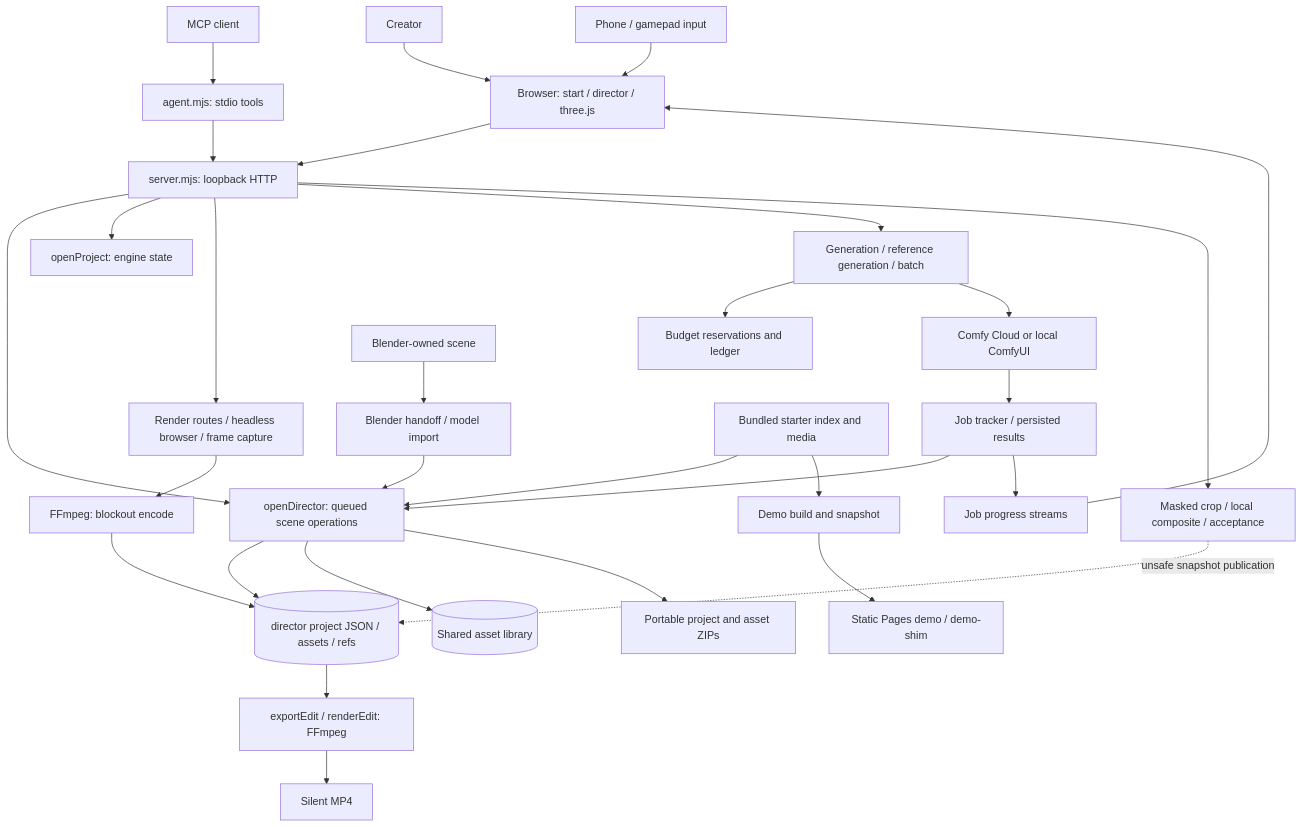
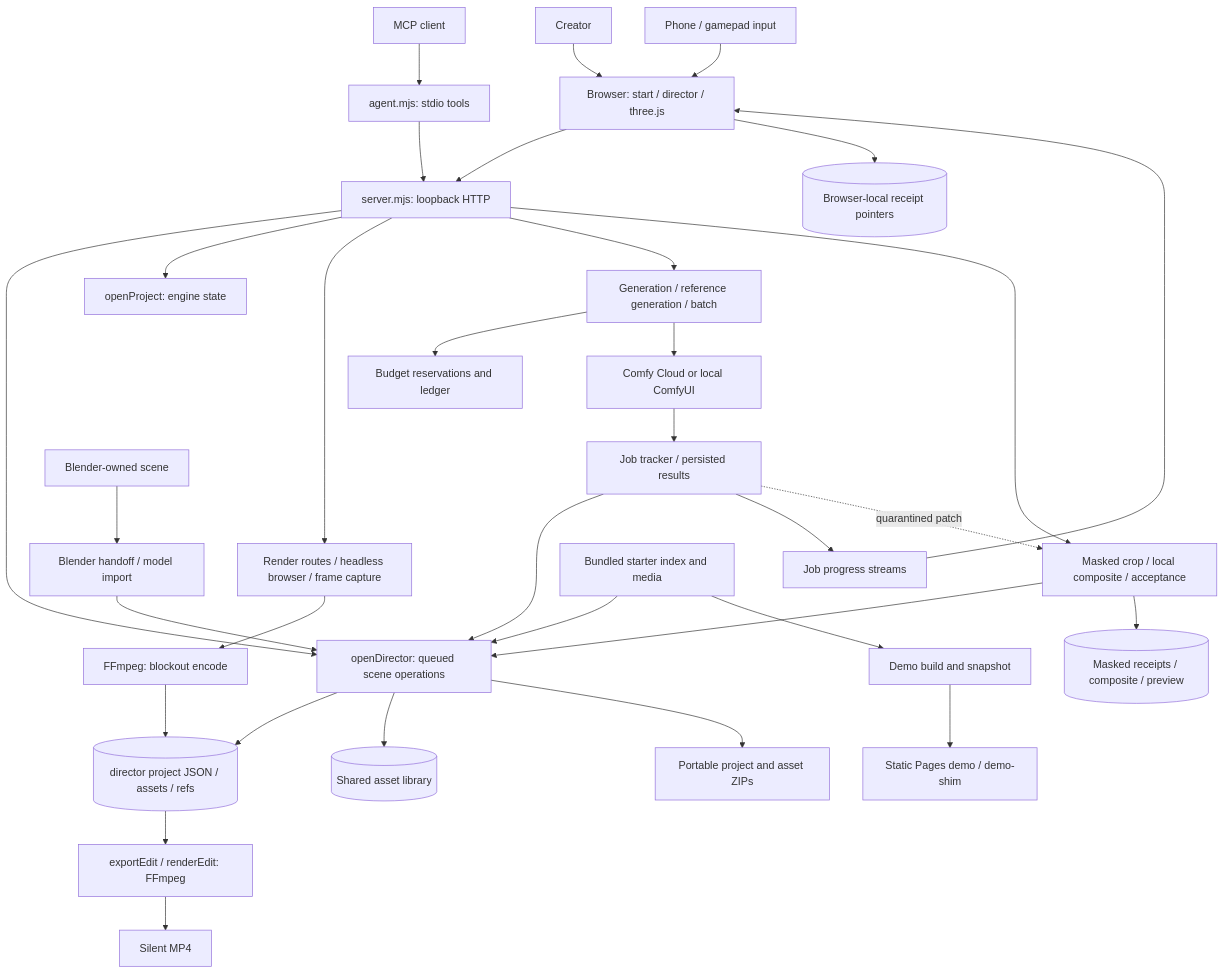
Before and after one commit to sbobyn/video-lab: the diagram in docs/status.md, drawn with Mermaid. The commit also changed other lines of this file and 9 other files, not shown here.

First line of the commit message:
STE-3092: Reopen saved masked edits in Take lab from server receipts (#7)

````diff
--- a/docs/status.md
+++ b/docs/status.md
@@ -63,32 +63,35 @@
 ```mermaid
 flowchart TD
   User[Creator] --> UI[Browser: start / director / three.js]
   Agent[MCP client] --> MCP[agent.mjs: stdio tools]
   MCP --> HTTP[server.mjs: loopback HTTP]
   UI --> HTTP
   Phone[Phone / gamepad input] --> UI
   HTTP --> Director[openDirector: queued scene operations]
   Director --> Project[(director project JSON / assets / refs)]
   Director --> Library[(Shared asset library)]
   HTTP --> Engine[openProject: engine state]
   HTTP --> Capture[Render routes / headless browser / frame capture]
   Capture --> Encode[FFmpeg: blockout encode]
   Encode --> Project
   HTTP --> Generation[Generation / reference generation / batch]
   Generation --> Budget[Budget reservations and ledger]
   Generation --> Providers[Comfy Cloud or local ComfyUI]
   Providers --> Jobs[Job tracker / persisted results]
   Jobs --> Director
   Jobs --> Progress[Job progress streams]
   Progress --> UI
   Project --> Cut[exportEdit / renderEdit: FFmpeg]
   Cut --> Film[Silent MP4]
   Director --> ZIP[Portable project and asset ZIPs]
   Blender[Blender-owned scene] --> Import[Blender handoff / model import]
   Import --> Director
   HTTP --> Mask[Masked crop / local composite / acceptance]
-  Mask -. unsafe snapshot publication .-> Project
+  Mask --> Director
+  Mask --> Receipts[(Masked receipts / composite / preview)]
+  Jobs -. quarantined patch .-> Mask
+  UI --> Pointers[(Browser-local receipt pointers)]
   Starters[Bundled starter index and media] --> Director
   Starters --> Snapshot[Demo build and snapshot]
   Snapshot --> Pages[Static Pages demo / demo-shim]
 ```
````
